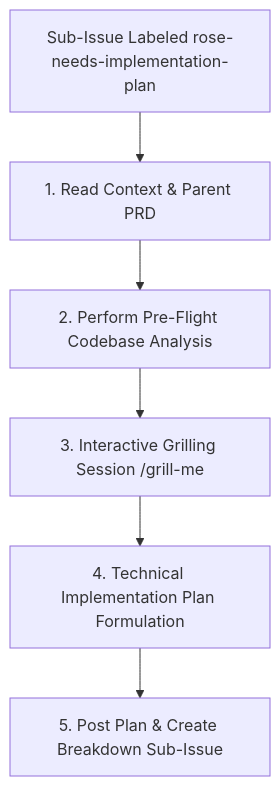
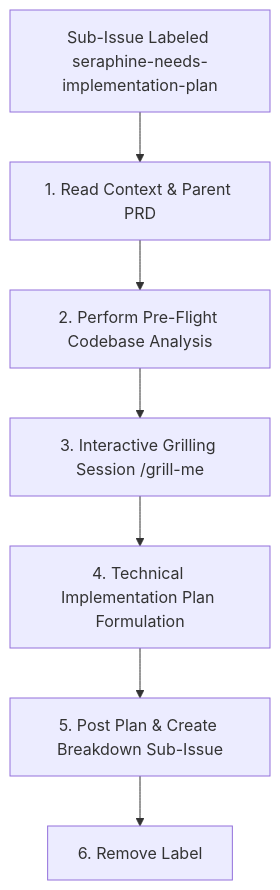
The diagram in .agent/workflows/seraphine-needs-implementation-plan.md (brotherlogic/rose), drawn with Mermaid before and after one commit. The commit also changed other lines of this file and 6 other files, not shown here.

````diff
--- a/.agent/workflows/seraphine-needs-implementation-plan.md
+++ b/.agent/workflows/seraphine-needs-implementation-plan.md
@@ -7,8 +7,9 @@
 ```mermaid
 graph TD
-    A[Sub-Issue Labeled rose-needs-implementation-plan] --> B[1. Read Context & Parent PRD]
+    A[Sub-Issue Labeled seraphine-needs-implementation-plan] --> B[1. Read Context & Parent PRD]
     B --> C[2. Perform Pre-Flight Codebase Analysis]
     C --> D[3. Interactive Grilling Session /grill-me]
     D --> E[4. Technical Implementation Plan Formulation]
     E --> F[5. Post Plan & Create Breakdown Sub-Issue]
+    F --> G[6. Remove Label]
 ```
````
